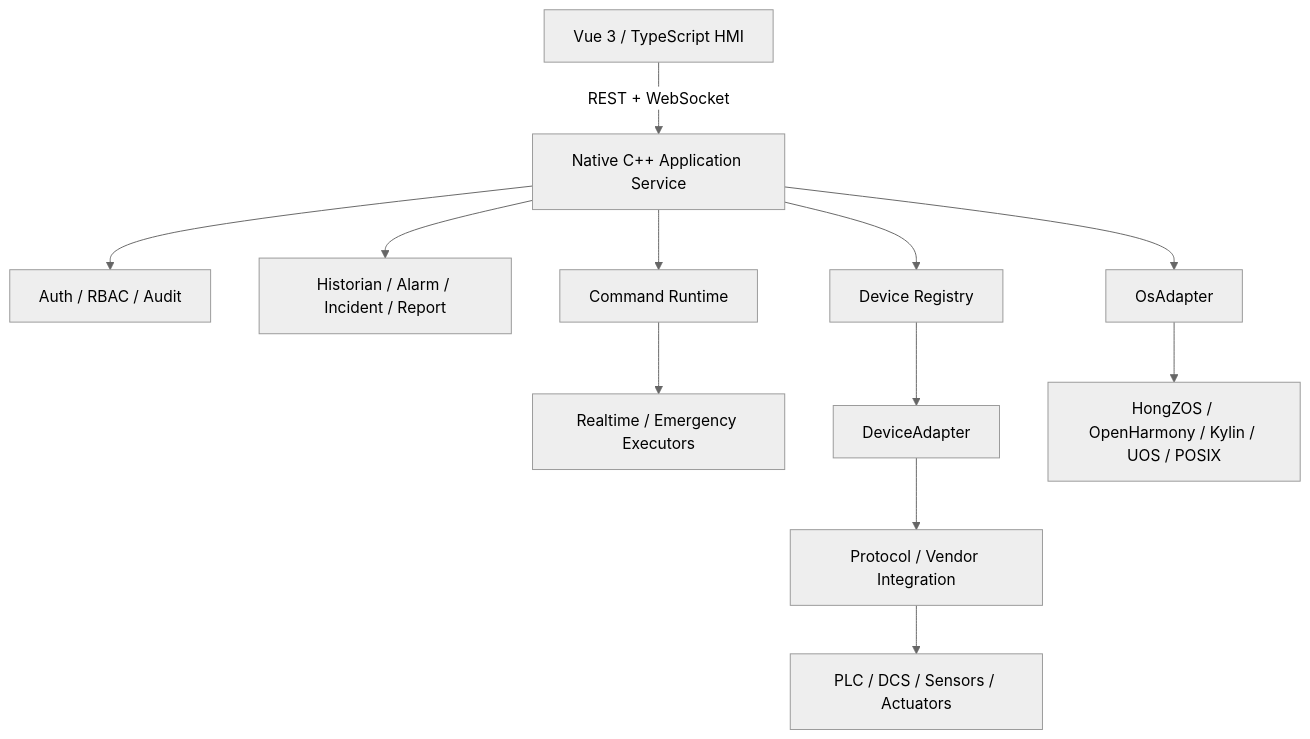
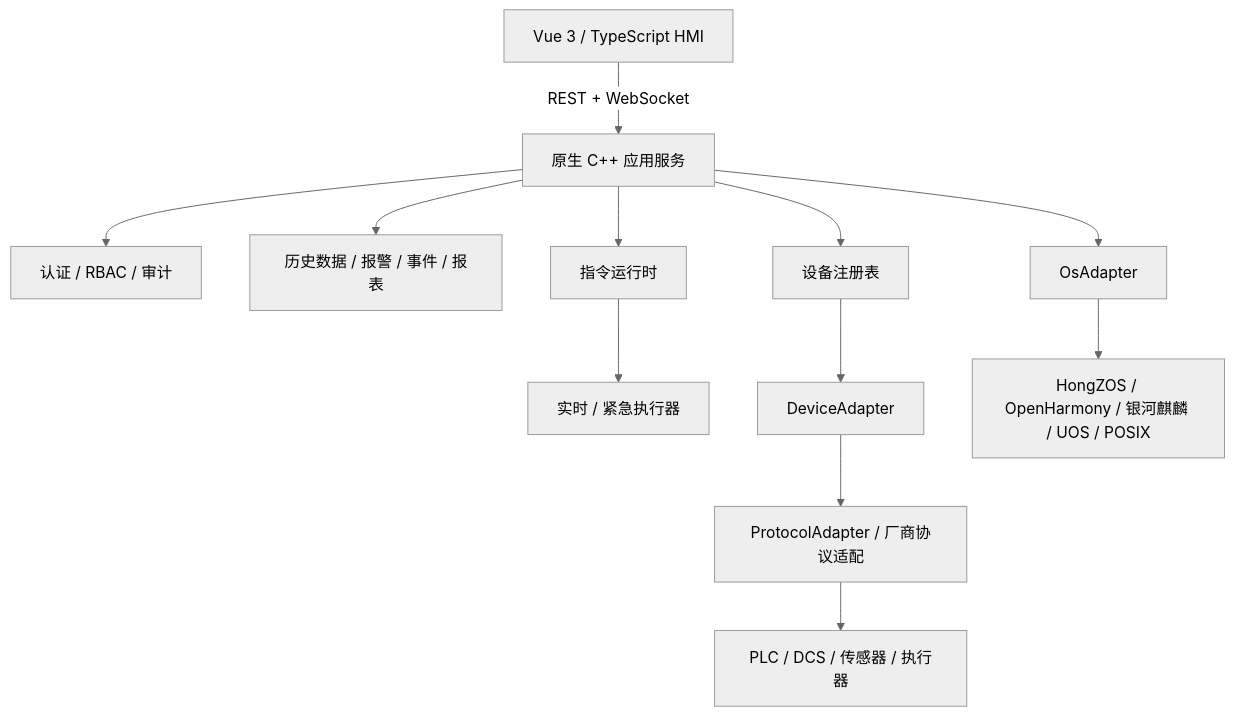
The diagram in README.md (Math-Still/IDIS), drawn with Mermaid (neutral theme) before and after one commit. The commit also changed other lines of this file and 3 other files, not shown here.

````diff
--- a/README.md
+++ b/README.md
@@ -24,14 +24,17 @@
 ```mermaid
 flowchart TB
-    UI[Vue 3 / TypeScript HMI] -->|REST + WebSocket| APP[Native C++ Application Service]
-    APP --> AUTH[Auth / RBAC / Audit]
-    APP --> DATA[Historian / Alarm / Incident / Report]
-    APP --> CMD[Command Runtime]
-    CMD --> RT[Realtime / Emergency Executors]
-    APP --> REG[Device Registry]
+    UI[Vue 3 / TypeScript HMI] -->|REST + WebSocket| APP[原生 C++ 应用服务]
+
+    APP --> AUTH[认证 / RBAC / 审计]
+    APP --> DATA[历史数据 / 报警 / 事件 / 报表]
+    APP --> CMD[指令运行时]
+    APP --> REG[设备注册表]
+    APP --> OA[OsAdapter]
+
+    CMD --> RT[实时 / 紧急执行器]
     REG --> DA[DeviceAdapter]
-    DA --> PA[Protocol / Vendor Integration]
-    APP --> OA[OsAdapter]
-    PA --> FIELD[PLC / DCS / Sensors / Actuators]
-    OA --> OS[HongZOS / OpenHarmony / Kylin / UOS / POSIX]
+    DA --> PA[ProtocolAdapter / 厂商协议适配]
+
+    PA --> FIELD[PLC / DCS / 传感器 / 执行器]
+    OA --> OS[HongZOS / OpenHarmony / 银河麒麟 / UOS / POSIX]
 ```
````
